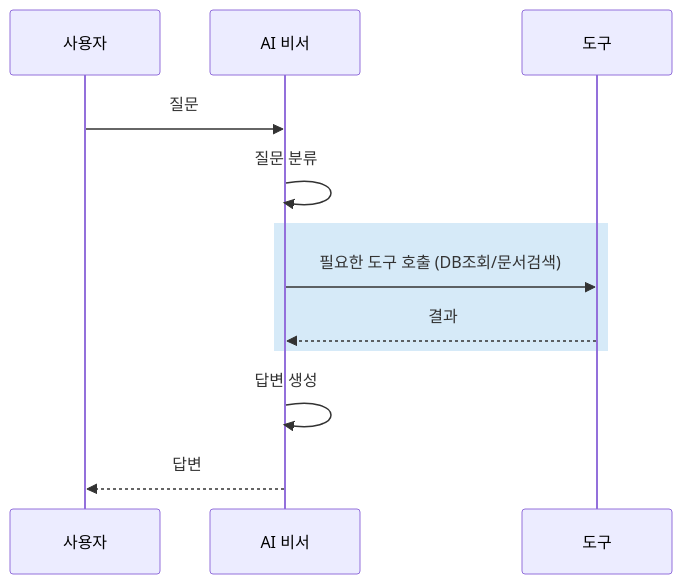
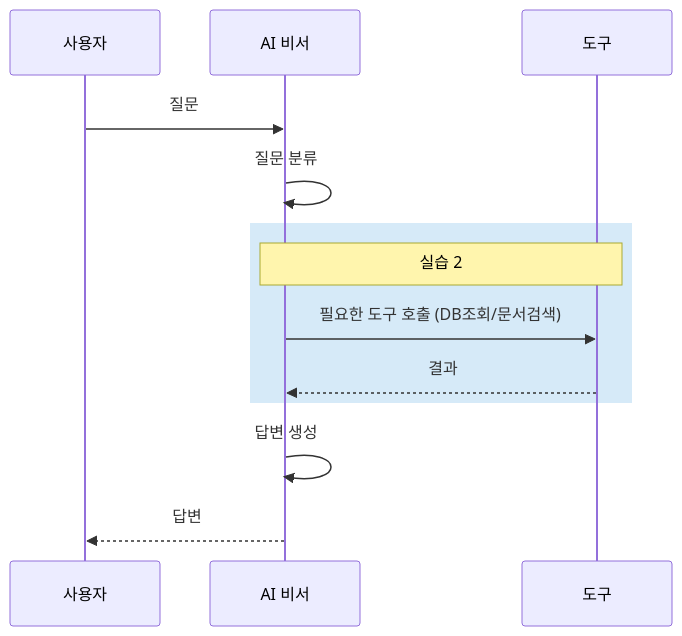
Before and after one commit to edu-openskill/lecture-book-workflow: the third of 4 diagrams in projects/사내AI비서_v2/chapters/06-연차도-규정도-한번에.md, drawn with Mermaid. The commit also changed other lines of this file and 92 other files, not shown here.

````diff
--- a/projects/사내AI비서_v2/chapters/06-연차도-규정도-한번에.md
+++ b/projects/사내AI비서_v2/chapters/06-연차도-규정도-한번에.md
@@ -536,11 +532,12 @@
 ```mermaid
 sequenceDiagram
     사용자->>AI 비서: 질문
     AI 비서->>AI 비서: 질문 분류
     rect rgb(214, 234, 248)
+        Note over AI 비서,도구: 실습 2
         AI 비서->>도구: 필요한 도구 호출 (DB조회/문서검색)
         도구-->>AI 비서: 결과
     end
     AI 비서->>AI 비서: 답변 생성
     AI 비서-->>사용자: 답변
 ```
````
